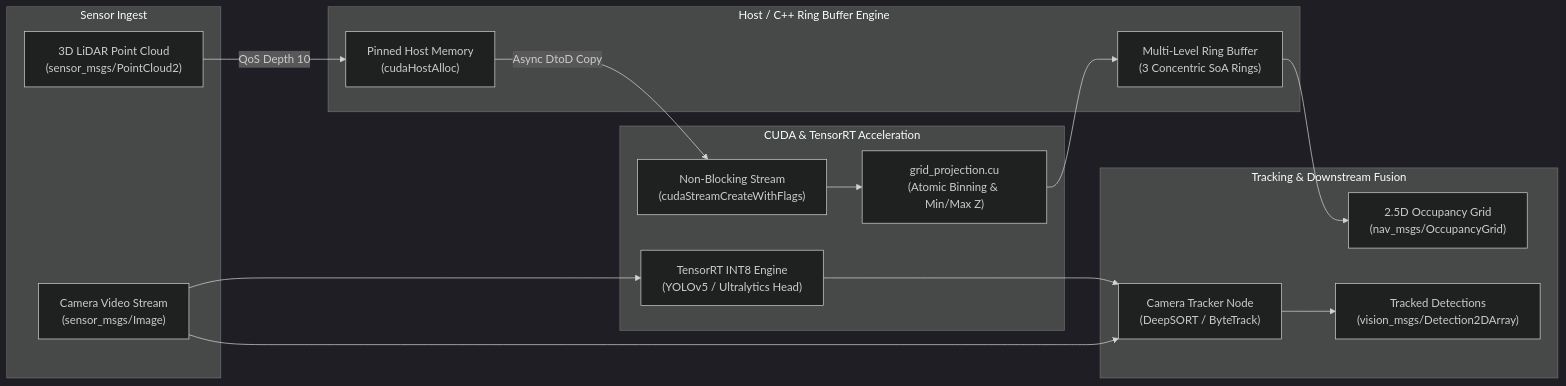
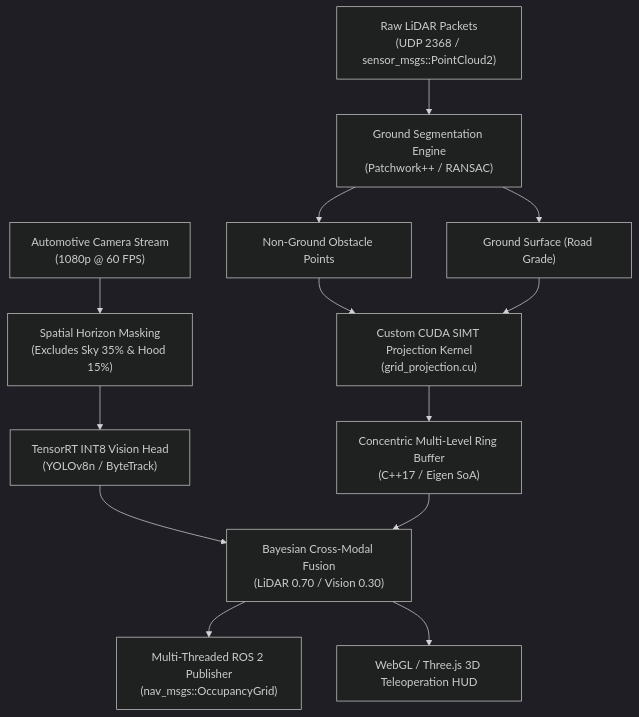
The diagram in 2.5D training.md (Kkushak16/Foveated-2.5D-Semantic-Elevation-Mapping), drawn with Mermaid (dark theme) before and after one commit. The commit also changed other lines of this file and 7 other files, not shown here.

````diff
--- a/2.5D training.md
+++ b/2.5D training.md
@@ -9,35 +96,20 @@
 ```mermaid
-flowchart LR
-    subgraph Sensors["Sensor Ingest"]
-        Lidar["3D LiDAR Point Cloud<br>(sensor_msgs/PointCloud2)"]
-        Cam["Camera Video Stream<br>(sensor_msgs/Image)"]
-    end
-
-    subgraph HostPipeline["Host / C++ Ring Buffer Engine"]
-        HostPinned["Pinned Host Memory<br>(cudaHostAlloc)"]
-        MLRB["Multi-Level Ring Buffer<br>(3 Concentric SoA Rings)"]
-    end
-
-    subgraph GPUPipeline["CUDA & TensorRT Acceleration"]
-        CudaStream["Non-Blocking Stream<br>(cudaStreamCreateWithFlags)"]
-        CudaKernel["grid_projection.cu<br>(Atomic Binning & Min/Max Z)"]
-        TRT["TensorRT INT8 Engine<br>(YOLOv5 / Ultralytics Head)"]
-    end
-
-    subgraph TrackingFusion["Tracking & Downstream Fusion"]
-        Tracker["Camera Tracker Node<br>(DeepSORT / ByteTrack)"]
-        GridPub["2.5D Occupancy Grid<br>(nav_msgs/OccupancyGrid)"]
-        TrackPub["Tracked Detections<br>(vision_msgs/Detection2DArray)"]
-    end
-
-    Lidar -->|QoS Depth 10| HostPinned
-    HostPinned -->|Async DtoD Copy| CudaStream
-    CudaStream --> CudaKernel
-    CudaKernel --> MLRB
-    MLRB --> GridPub
-
-    Cam --> TRT
-    Cam --> Tracker
-    TRT --> Tracker
-    Tracker --> TrackPub
+flowchart TD
+    RawLiDAR["Raw LiDAR Packets<br>(UDP 2368 / sensor_msgs::PointCloud2)"] --> GroundSeg["Ground Segmentation Engine<br>(Patchwork++ / RANSAC)"]
+    GroundSeg --> DrivableRoad["Ground Surface (Road Grade)"]
+    GroundSeg --> Obstacles["Non-Ground Obstacle Points"]
+    
+    Obstacles --> ProjectionKernel["Custom CUDA SIMT Projection Kernel<br>(grid_projection.cu)"]
+    DrivableRoad --> ProjectionKernel
+    
+    ProjectionKernel --> MLRB["Concentric Multi-Level Ring Buffer<br>(C++17 / Eigen SoA)"]
+    
+    CameraFeed["Automotive Camera Stream<br>(1080p @ 60 FPS)"] --> HorizonGating["Spatial Horizon Masking<br>(Excludes Sky 35% & Hood 15%)"]
+    HorizonGating --> TRTEngine["TensorRT INT8 Vision Head<br>(YOLOv8n / ByteTrack)"]
+    
+    TRTEngine --> Fusion["Bayesian Cross-Modal Fusion<br>(LiDAR 0.70 / Vision 0.30)"]
+    MLRB --> Fusion
+    
+    Fusion --> ROS2Pub["Multi-Threaded ROS 2 Publisher<br>(nav_msgs::OccupancyGrid)"]
+    Fusion --> TeleopHUD["WebGL / Three.js 3D Teleoperation HUD"]
 ```
````
